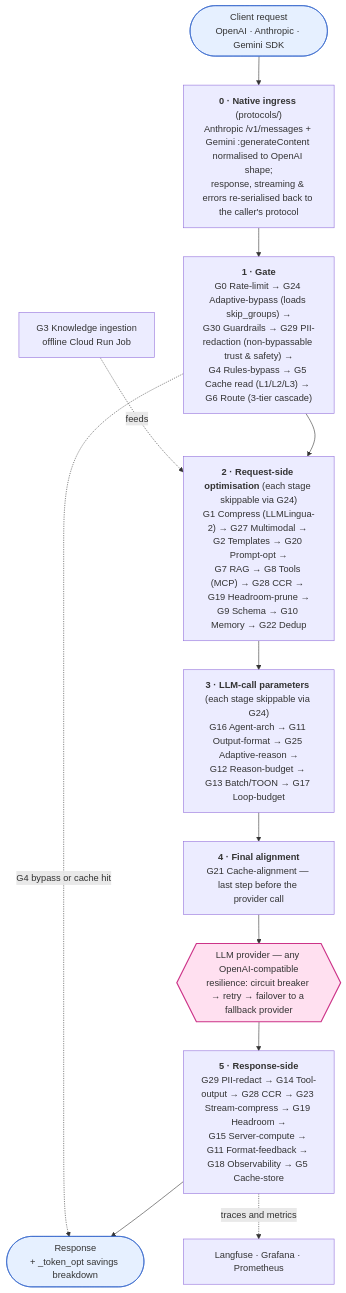
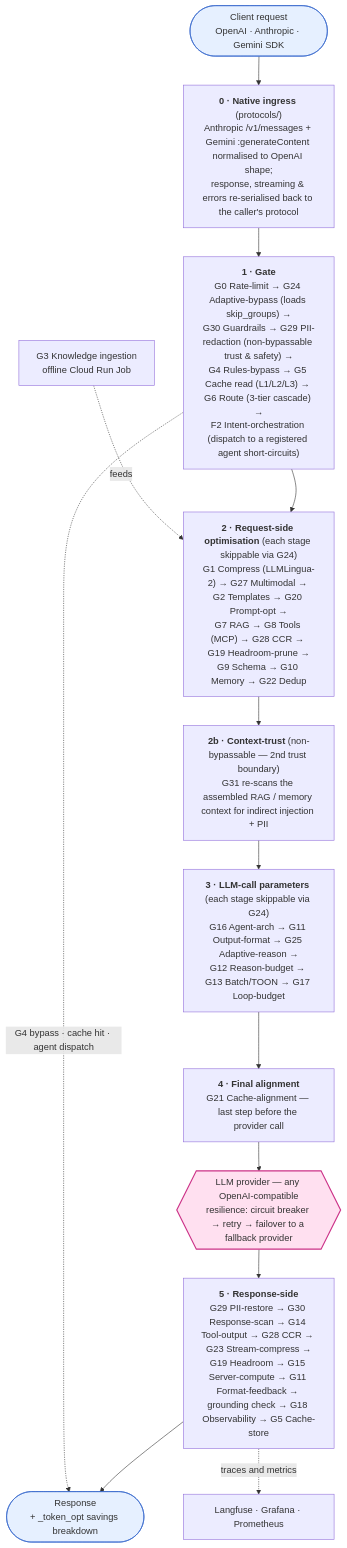
One commit to sumitdevgupto/TokenLean changed the diagram in README.md. Above: the diagram before and after it, drawn with Mermaid. The commit also changed other lines of this file, not shown here.

````diff
--- a/README.md
+++ b/README.md
@@ -165,48 +199,52 @@
 ```mermaid
 flowchart TB
     Req(["`Client request
     OpenAI · Anthropic · Gemini SDK`"])
 
     Ingress["`**0 · Native ingress** (protocols/)
     Anthropic /v1/messages + Gemini :generateContent normalised to OpenAI shape;
     response, streaming & errors re-serialised back to the caller's protocol`"]
 
     Gate["`**1 · Gate**
     G0 Rate-limit → G24 Adaptive-bypass (loads skip_groups) →
     G30 Guardrails → G29 PII-redaction (non-bypassable trust & safety) →
-    G4 Rules-bypass → G5 Cache read (L1/L2/L3) → G6 Route (3-tier cascade)`"]
+    G4 Rules-bypass → G5 Cache read (L1/L2/L3) → G6 Route (3-tier cascade) →
+    F2 Intent-orchestration (dispatch to a registered agent short-circuits)`"]
 
     ReqOpt["`**2 · Request-side optimisation** (each stage skippable via G24)
     G1 Compress (LLMLingua-2) → G27 Multimodal → G2 Templates → G20 Prompt-opt →
     G7 RAG → G8 Tools (MCP) → G28 CCR → G19 Headroom-prune →
     G9 Schema → G10 Memory → G22 Dedup`"]
+
+    CtxTrust["`**2b · Context-trust** (non-bypassable — 2nd trust boundary)
+    G31 re-scans the assembled RAG / memory context for indirect injection + PII`"]
 
     Params["`**3 · LLM-call parameters** (each stage skippable via G24)
     G16 Agent-arch → G11 Output-format → G25 Adaptive-reason →
     G12 Reason-budget → G13 Batch/TOON → G17 Loop-budget`"]
 
     Align["`**4 · Final alignment**
     G21 Cache-alignment — last step before the provider call`"]
 
     LLM{{"`LLM provider — any OpenAI-compatible
     resilience: circuit breaker → retry → failover to a fallback provider`"}}
 
     Resp2["`**5 · Response-side**
-    G29 PII-redact → G14 Tool-output → G28 CCR → G23 Stream-compress → G19 Headroom →
-    G15 Server-compute → G11 Format-feedback → G18 Observability → G5 Cache-store`"]
+    G29 PII-restore → G30 Response-scan → G14 Tool-output → G28 CCR → G23 Stream-compress →
+    G19 Headroom → G15 Server-compute → G11 Format-feedback → grounding check → G18 Observability → G5 Cache-store`"]
 
     Out(["`Response
     + _token_opt savings breakdown`"])
 
-    Req --> Ingress --> Gate --> ReqOpt --> Params --> Align --> LLM --> Resp2 --> Out
+    Req --> Ingress --> Gate --> ReqOpt --> CtxTrust --> Params --> Align --> LLM --> Resp2 --> Out
 
-    Gate -.->|G4 bypass or cache hit| Out
+    Gate -.->|G4 bypass · cache hit · agent dispatch| Out
     Ingest["`G3 Knowledge ingestion
     offline Cloud Run Job`"] -.->|feeds| ReqOpt
     Resp2 -.->|traces and metrics| Dash["Langfuse · Grafana · Prometheus"]
 
     classDef llm fill:#ffe0f0,stroke:#cc3388,stroke-width:2px;
     classDef io fill:#e6f0ff,stroke:#3366cc;
     class LLM llm;
     class Req,Out io;
 ```
````
